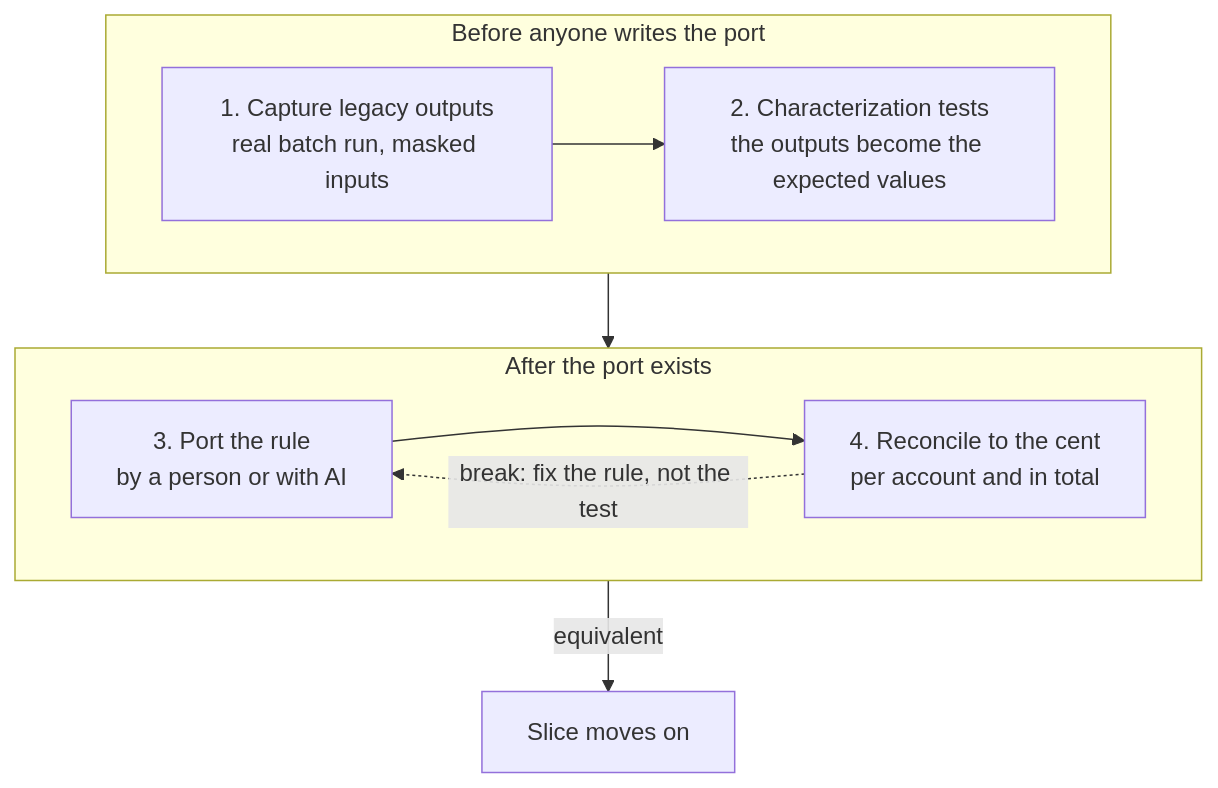
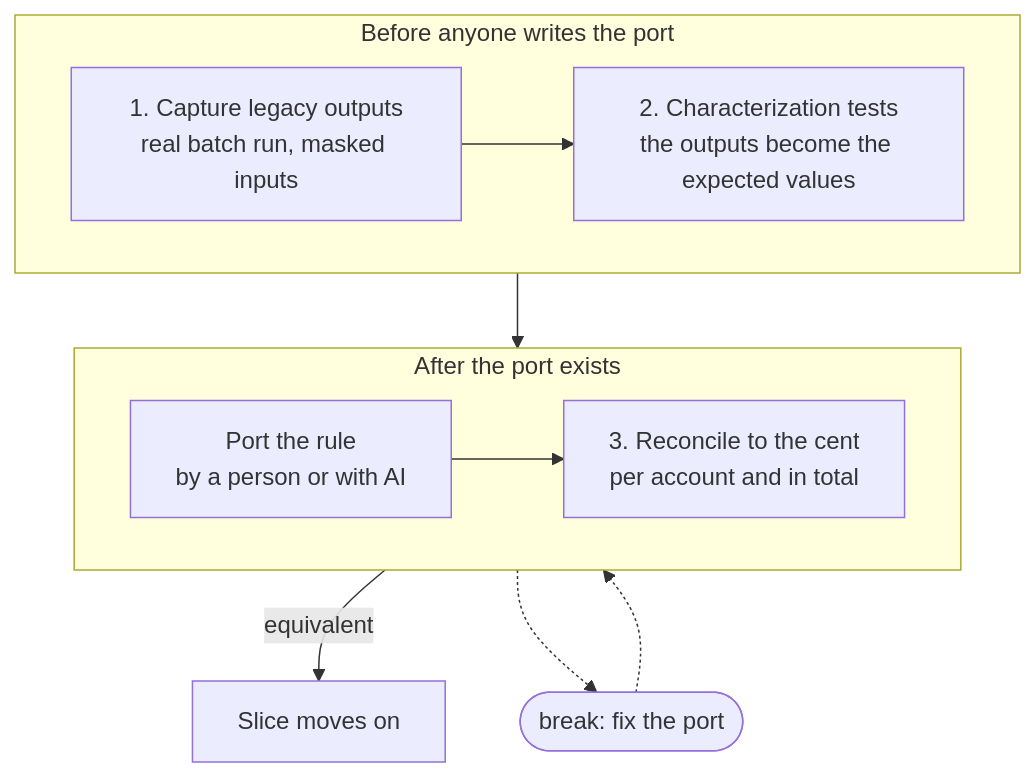
Before and after one commit to wallaceespindola/banking-modernization-with-ai: the diagram in docs/articles/substack/diagrams/habit-loop.mmd, drawn with Mermaid. The commit also changed 34 other files, not shown here.

First line of the commit message:
Apply series review fixes across articles, diagrams and deck

```diff
--- a/docs/articles/substack/diagrams/habit-loop.mmd
+++ b/docs/articles/substack/diagrams/habit-loop.mmd
@@ -1,12 +1,13 @@
 flowchart TB
     subgraph BEFORE["Before anyone writes the port"]
         direction LR
         A["1. Capture legacy outputs<br/>real batch run, masked inputs"] --> B["2. Characterization tests<br/>the outputs become the expected values"]
     end
     subgraph AFTER["After the port exists"]
         direction LR
-        C["3. Port the rule<br/>by a person or with AI"] --> D["4. Reconcile to the cent<br/>per account and in total"]
+        C["Port the rule<br/>by a person or with AI"] --> D["3. Reconcile to the cent<br/>per account and in total"]
     end
     BEFORE --> AFTER
     D -->|"equivalent"| E["Slice moves on"]
-    D -.->|"break: fix the rule, not the test"| C
+    D -.-> F(["break: fix the port"])
+    F -.-> C
```
